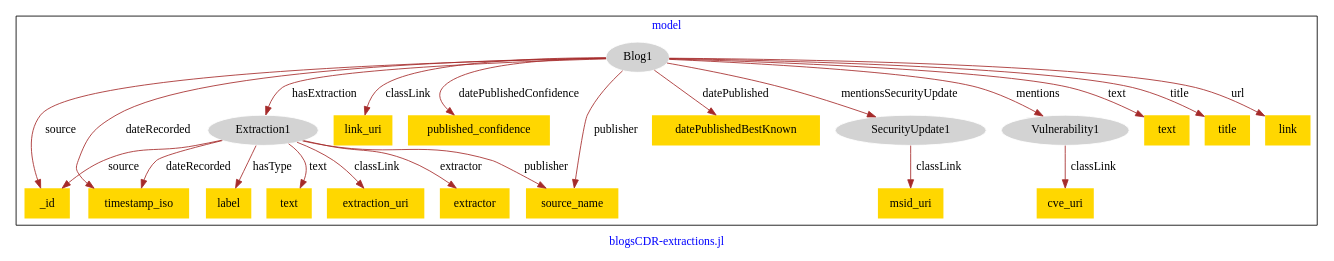
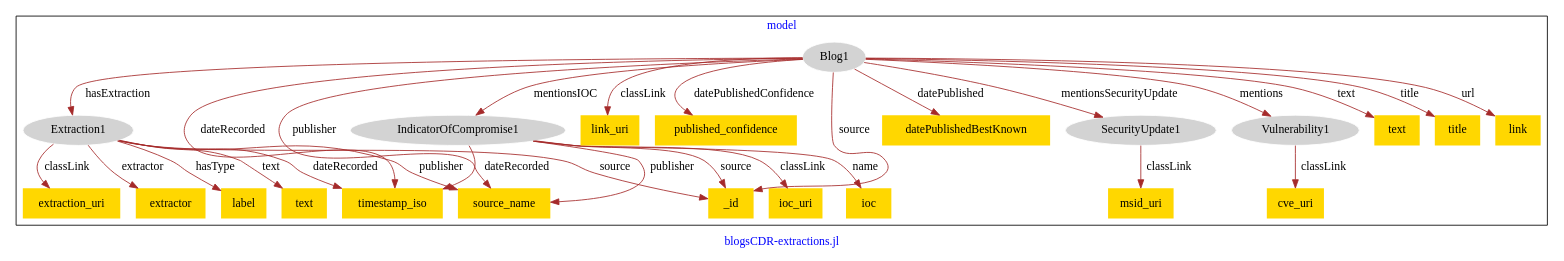
Before and after one commit to usc-isi-i2/effect-alignment: the diagram in models/hg-blogs/blogs-model.dot, drawn with Graphviz.

Commit message:
Update file blogs-model.dot

```diff
--- a/models/hg-blogs/blogs-model.dot
+++ b/models/hg-blogs/blogs-model.dot
@@ -1,48 +1,57 @@
 digraph n0 {
 fontcolor="blue"
 remincross="true"
 label="blogsCDR-extractions.jl"
 subgraph cluster {
 label="model"
 n2[style="filled",color="white",fillcolor="lightgray",label="Extraction1"];
 n3[shape="plaintext",style="filled",fillcolor="gold",label="extraction_uri"];
 n4[shape="plaintext",style="filled",fillcolor="gold",label="extractor"];
 n5[shape="plaintext",style="filled",fillcolor="gold",label="label"];
 n6[shape="plaintext",style="filled",fillcolor="gold",label="text"];
-n7[style="filled",color="white",fillcolor="lightgray",label="SecurityUpdate1"];
-n8[shape="plaintext",style="filled",fillcolor="gold",label="msid_uri"];
-n9[style="filled",color="white",fillcolor="lightgray",label="Vulnerability1"];
-n10[shape="plaintext",style="filled",fillcolor="gold",label="cve_uri"];
-n11[style="filled",color="white",fillcolor="lightgray",label="Blog1"];
-n12[shape="plaintext",style="filled",fillcolor="gold",label="link_uri"];
-n13[shape="plaintext",style="filled",fillcolor="gold",label="published_confidence"];
-n14[shape="plaintext",style="filled",fillcolor="gold",label="timestamp_iso"];
-n15[shape="plaintext",style="filled",fillcolor="gold",label="datePublishedBestKnown"];
-n16[shape="plaintext",style="filled",fillcolor="gold",label="source_name"];
-n17[shape="plaintext",style="filled",fillcolor="gold",label="_id"];
-n18[shape="plaintext",style="filled",fillcolor="gold",label="text"];
-n19[shape="plaintext",style="filled",fillcolor="gold",label="title"];
-n20[shape="plaintext",style="filled",fillcolor="gold",label="link"];
+n7[style="filled",color="white",fillcolor="lightgray",label="IndicatorOfCompromise1"];
+n8[shape="plaintext",style="filled",fillcolor="gold",label="ioc_uri"];
+n9[shape="plaintext",style="filled",fillcolor="gold",label="ioc"];
+n10[style="filled",color="white",fillcolor="lightgray",label="SecurityUpdate1"];
+n11[shape="plaintext",style="filled",fillcolor="gold",label="msid_uri"];
+n12[style="filled",color="white",fillcolor="lightgray",label="Vulnerability1"];
+n13[shape="plaintext",style="filled",fillcolor="gold",label="cve_uri"];
+n14[style="filled",color="white",fillcolor="lightgray",label="Blog1"];
+n15[shape="plaintext",style="filled",fillcolor="gold",label="link_uri"];
+n16[shape="plaintext",style="filled",fillcolor="gold",label="published_confidence"];
+n17[shape="plaintext",style="filled",fillcolor="gold",label="timestamp_iso"];
+n18[shape="plaintext",style="filled",fillcolor="gold",label="datePublishedBestKnown"];
+n19[shape="plaintext",style="filled",fillcolor="gold",label="source_name"];
+n20[shape="plaintext",style="filled",fillcolor="gold",label="_id"];
+n21[shape="plaintext",style="filled",fillcolor="gold",label="text"];
+n22[shape="plaintext",style="filled",fillcolor="gold",label="title"];
+n23[shape="plaintext",style="filled",fillcolor="gold",label="link"];
 }
 n2 -> n3[color="brown",fontcolor="black",label="classLink"]
 n2 -> n4[color="brown",fontcolor="black",label="extractor"]
 n2 -> n5[color="brown",fontcolor="black",label="hasType"]
 n2 -> n6[color="brown",fontcolor="black",label="text"]
 n7 -> n8[color="brown",fontcolor="black",label="classLink"]
-n9 -> n10[color="brown",fontcolor="black",label="classLink"]
-n11 -> n12[color="brown",fontcolor="black",label="classLink"]
-n11 -> n13[color="brown",fontcolor="black",label="datePublishedConfidence"]
-n11 -> n14[color="brown",fontcolor="black",label="dateRecorded"]
-n11 -> n2[color="brown",fontcolor="black",label="hasExtraction"]
-n11 -> n7[color="brown",fontcolor="black",label="mentionsSecurityUpdate"]
-n11 -> n15[color="brown",fontcolor="black",label="datePublished"]
-n11 -> n9[color="brown",fontcolor="black",label="mentions"]
-n11 -> n16[color="brown",fontcolor="black",label="publisher"]
-n11 -> n17[color="brown",fontcolor="black",label="source"]
-n11 -> n18[color="brown",fontcolor="black",label="text"]
-n11 -> n19[color="brown",fontcolor="black",label="title"]
-n11 -> n20[color="brown",fontcolor="black",label="url"]
-n2 -> n14[color="brown",fontcolor="black",label="dateRecorded"]
-n2 -> n16[color="brown",fontcolor="black",label="publisher"]
-n2 -> n17[color="brown",fontcolor="black",label="source"]
+n7 -> n9[color="brown",fontcolor="black",label="name"]
+n10 -> n11[color="brown",fontcolor="black",label="classLink"]
+n12 -> n13[color="brown",fontcolor="black",label="classLink"]
+n14 -> n15[color="brown",fontcolor="black",label="classLink"]
+n14 -> n16[color="brown",fontcolor="black",label="datePublishedConfidence"]
+n14 -> n17[color="brown",fontcolor="black",label="dateRecorded"]
+n14 -> n2[color="brown",fontcolor="black",label="hasExtraction"]
+n14 -> n7[color="brown",fontcolor="black",label="mentionsIOC"]
+n14 -> n10[color="brown",fontcolor="black",label="mentionsSecurityUpdate"]
+n14 -> n18[color="brown",fontcolor="black",label="datePublished"]
+n14 -> n12[color="brown",fontcolor="black",label="mentions"]
+n14 -> n19[color="brown",fontcolor="black",label="publisher"]
+n14 -> n20[color="brown",fontcolor="black",label="source"]
+n14 -> n21[color="brown",fontcolor="black",label="text"]
+n14 -> n22[color="brown",fontcolor="black",label="title"]
+n14 -> n23[color="brown",fontcolor="black",label="url"]
+n2 -> n20[color="brown",fontcolor="black",label="source"]
+n7 -> n17[color="brown",fontcolor="black",label="dateRecorded"]
+n2 -> n19[color="brown",fontcolor="black",label="publisher"]
+n7 -> n20[color="brown",fontcolor="black",label="source"]
+n7 -> n19[color="brown",fontcolor="black",label="publisher"]
+n2 -> n17[color="brown",fontcolor="black",label="dateRecorded"]
 }
```
